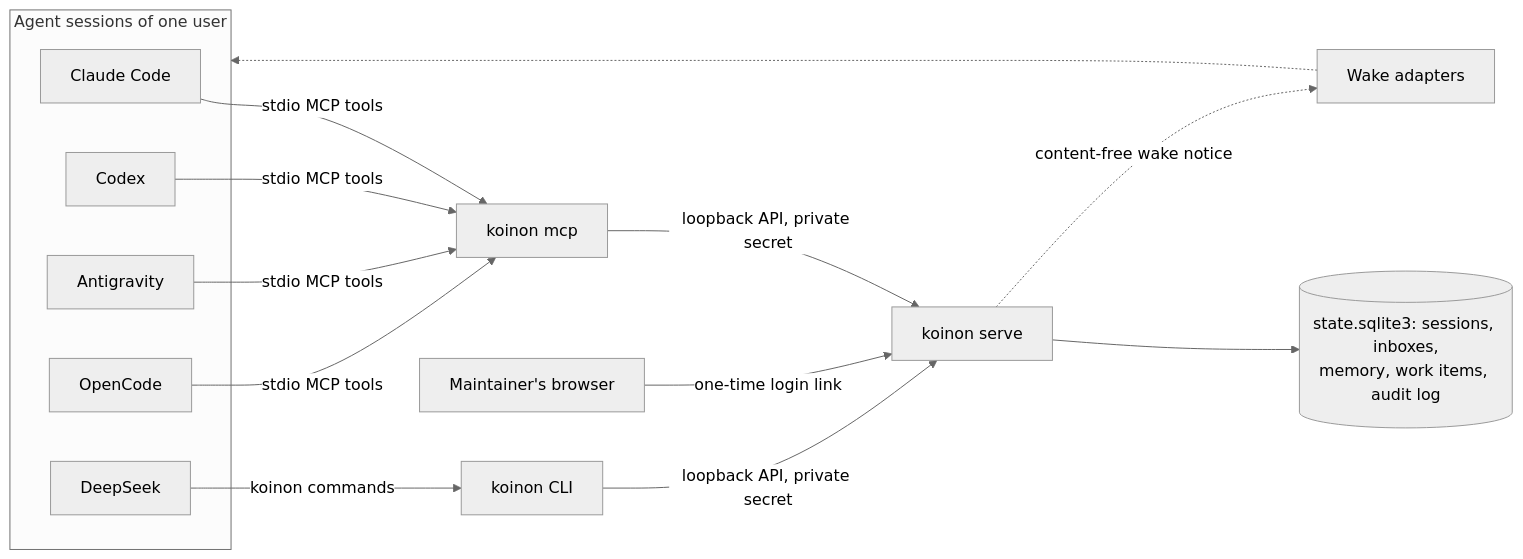
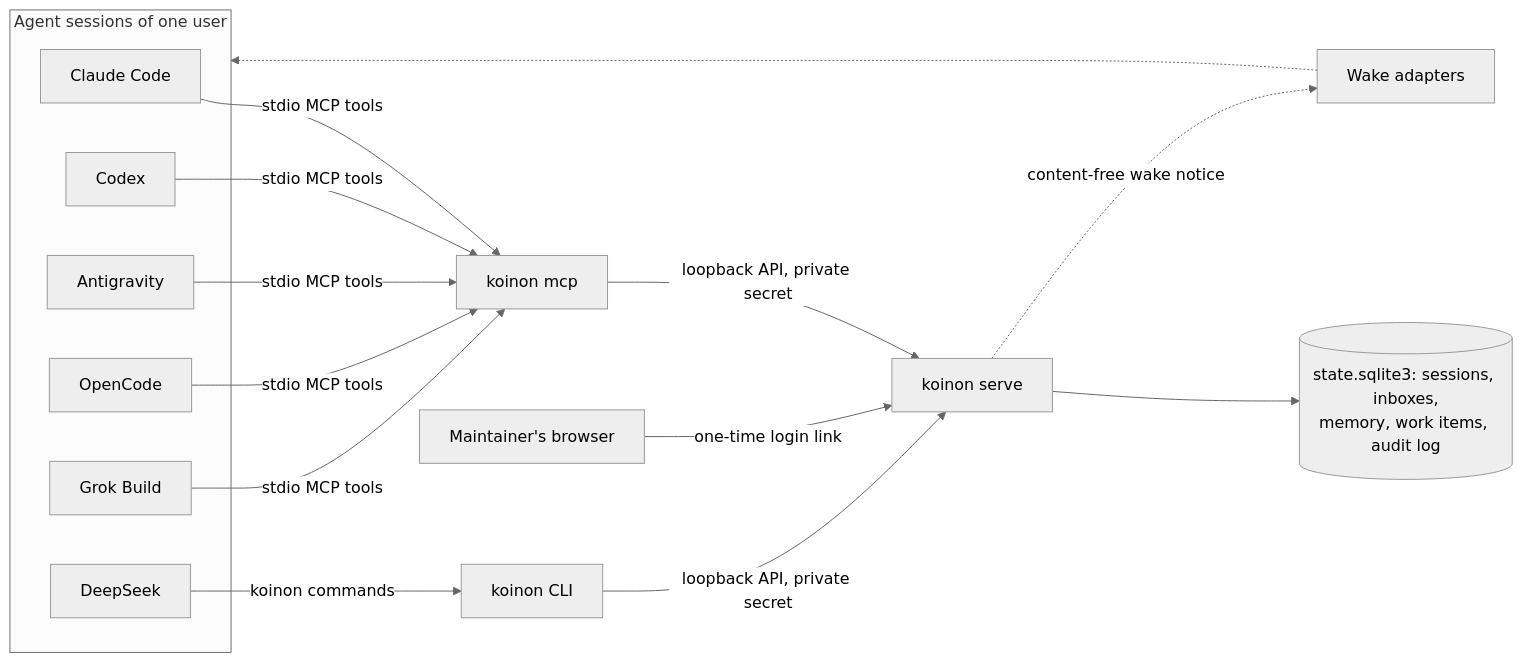
Before and after one commit to rwcii/koinon: the diagram in README.md, drawn with Mermaid (neutral theme). The commit also changed other lines of this file and 31 other files, not shown here.

First line of the commit message:
Support Grok Build as an agent family

````diff
--- a/README.md
+++ b/README.md
@@ -11,18 +11,19 @@
 ```mermaid
 flowchart LR
     subgraph sessions["Agent sessions of one user"]
         Claude[Claude Code]
         Codex[Codex]
         Agy[Antigravity]
         OpenCode[OpenCode]
+        Grok[Grok Build]
         DeepSeek[DeepSeek]
     end
-    Claude & Codex & Agy & OpenCode -->|stdio MCP tools| MCP[koinon mcp]
+    Claude & Codex & Agy & OpenCode & Grok -->|stdio MCP tools| MCP[koinon mcp]
     DeepSeek -->|koinon commands| CLI[koinon CLI]
     MCP -->|loopback API, private secret| Daemon[koinon serve]
     CLI -->|loopback API, private secret| Daemon
     Browser[Maintainer's browser] -->|one-time login link| Daemon
     Daemon --> State[(state.sqlite3: sessions, inboxes,<br/>memory, work items, audit log)]
     Daemon -.->|content-free wake notice| Wake[Wake adapters]
     Wake -.-> sessions
 ```
````
